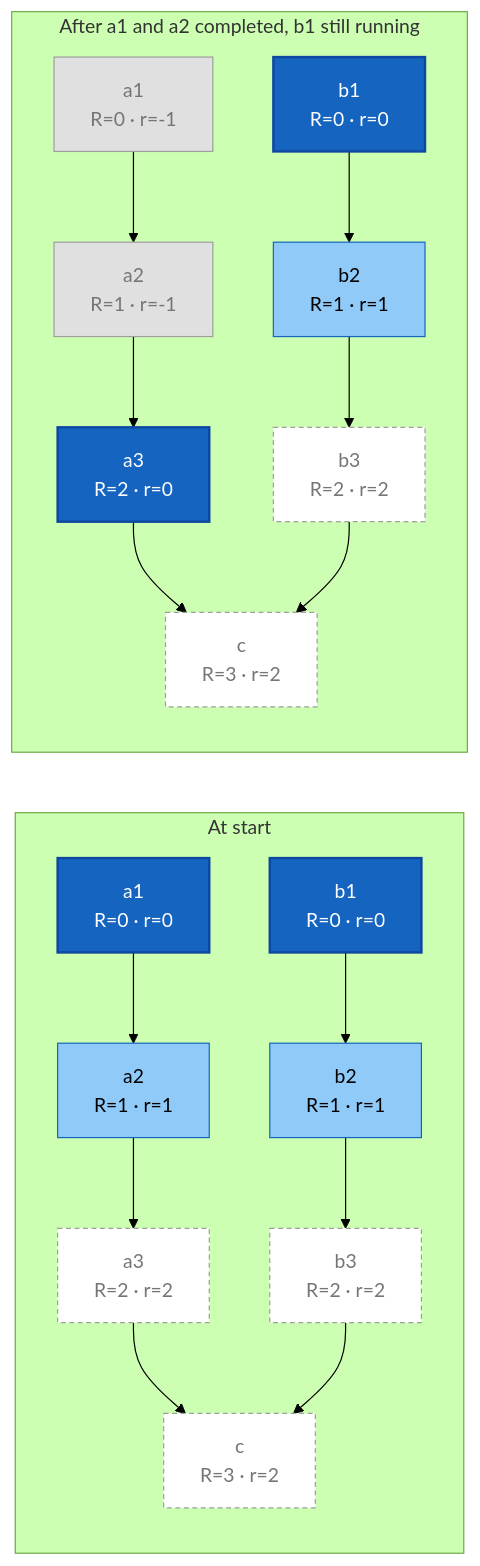
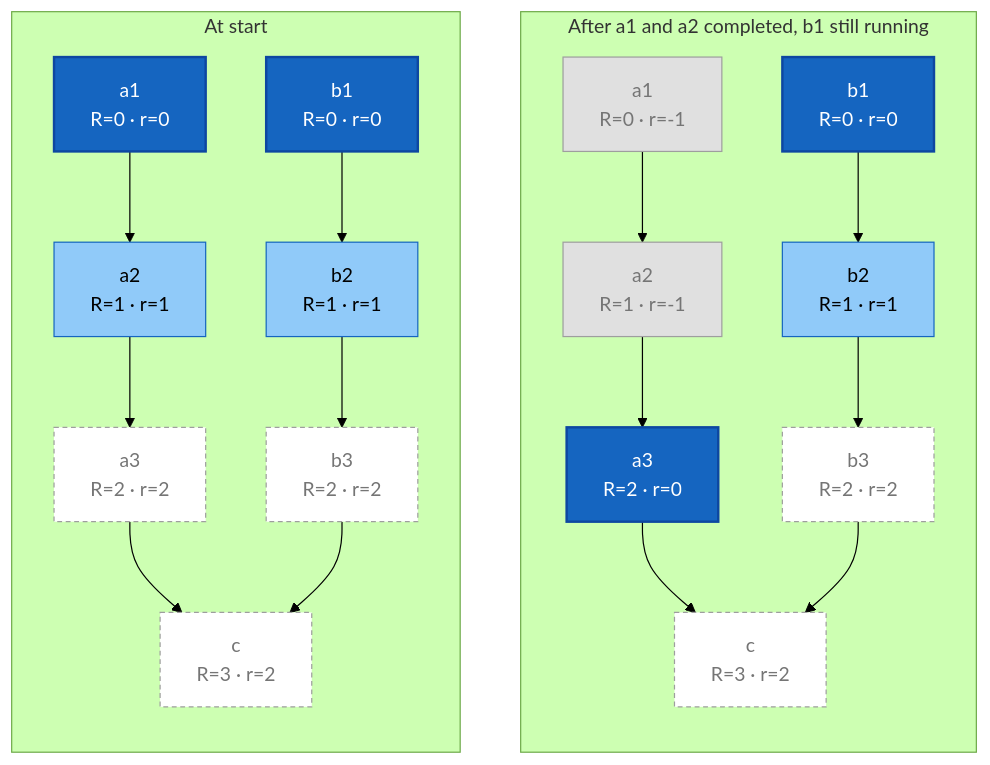
One commit to C2SM/Sirocco changed the diagram in docs/orchestration.md. Above: the diagram before and after it, drawn with Mermaid (forest theme).

Commit message:
fix: order of front illustration diagrams

````diff
--- a/docs/orchestration.md
+++ b/docs/orchestration.md
@@ -18,21 +18,22 @@
 ```mermaid
 flowchart LR
   subgraph start ["At start"]
     direction TB
     s_a1["a1<br>R=0 · r=0"]:::r0 --> s_a2["a2<br>R=1 · r=1"]:::r1 --> s_a3["a3<br>R=2 · r=2"]:::out
     s_b1["b1<br>R=0 · r=0"]:::r0 --> s_b2["b2<br>R=1 · r=1"]:::r1 --> s_b3["b3<br>R=2 · r=2"]:::out
     s_a3 --> s_c["c<br>R=3 · r=2"]:::out
     s_b3 --> s_c
   end
   subgraph later ["After a1 and a2 completed, b1 still running"]
     direction TB
     l_a1["a1<br>R=0 · r=-1"]:::done --> l_a2["a2<br>R=1 · r=-1"]:::done --> l_a3["a3<br>R=2 · r=0"]:::r0
     l_b1["b1<br>R=0 · r=0"]:::r0 --> l_b2["b2<br>R=1 · r=1"]:::r1 --> l_b3["b3<br>R=2 · r=2"]:::out
     l_a3 --> l_c["c<br>R=3 · r=2"]:::out
     l_b3 --> l_c
   end
+  start ~~~ later
   classDef done fill:#e0e0e0,stroke:#9e9e9e,color:#757575
   classDef r0 fill:#1565c0,stroke:#0d47a1,color:#ffffff,stroke-width:2px
   classDef r1 fill:#90caf9,stroke:#1565c0,color:#000000
   classDef out fill:#ffffff,stroke:#9e9e9e,color:#757575,stroke-dasharray:4 3
 ```
````
